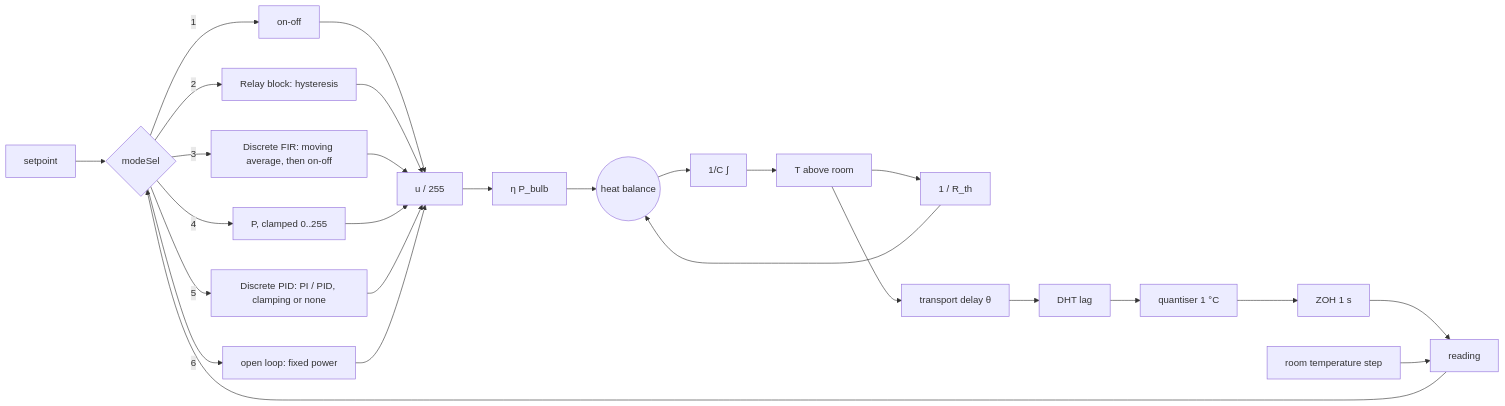
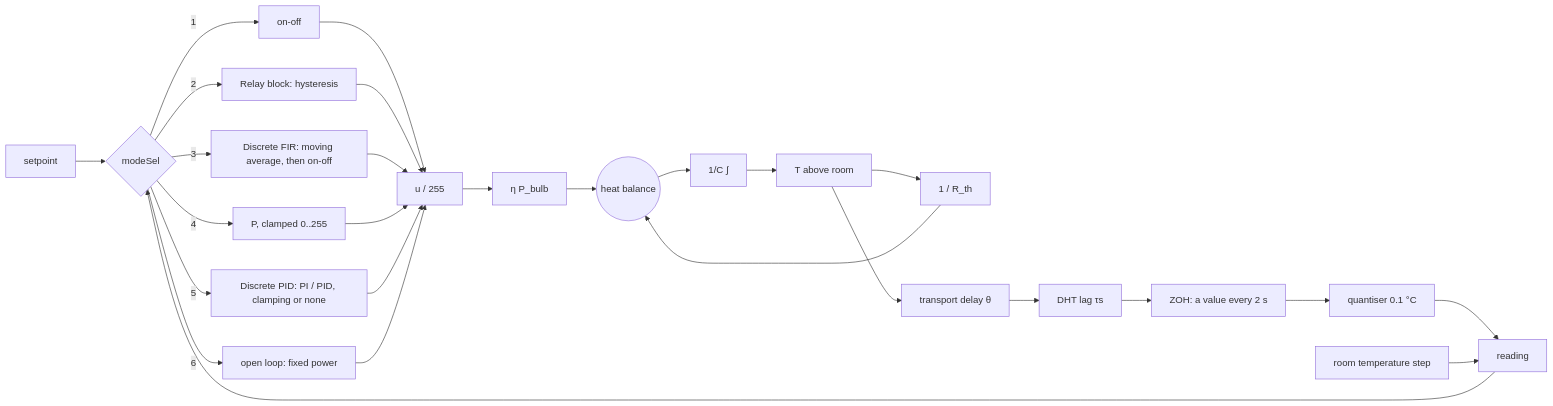
Before and after one commit to Samarth030312/arduino-temperature-control-lab: the diagram in docs/SIMULINK.md, drawn with Mermaid. The commit also changed other lines of this file and 13 other files, not shown here.

````diff
--- a/docs/SIMULINK.md
+++ b/docs/SIMULINK.md
@@ -29,16 +35,16 @@
 ```mermaid
 flowchart LR
     SP["setpoint"] --> CTRL{"modeSel"}
     CTRL -->|"1"| ON["on-off"]
     CTRL -->|"2"| HY["Relay block: hysteresis"]
     CTRL -->|"3"| MA["Discrete FIR: moving average, then on-off"]
     CTRL -->|"4"| P["P, clamped 0..255"]
     CTRL -->|"5"| PI["Discrete PID: PI / PID, clamping or none"]
     CTRL -->|"6"| OL["open loop: fixed power"]
     ON & HY & MA & P & PI & OL --> U["u / 255"]
     U --> H["η P_bulb"] --> HB(("heat balance")) --> I["1/C ∫"] --> T["T above room"]
     T --> LOSS["1 / R_th"] --> HB
-    T --> DEL["transport delay θ"] --> LAG["DHT lag"] --> Q["quantiser 1 °C"] --> ZOH["ZOH 1 s"] --> M["reading"]
+    T --> DEL["transport delay θ"] --> LAG["DHT lag τs"] --> ZOH["ZOH: a value every 2 s"] --> Q["quantiser 0.1 °C"] --> M["reading"]
     AMB["room temperature step"] --> M
     M --> CTRL
 ```
````
